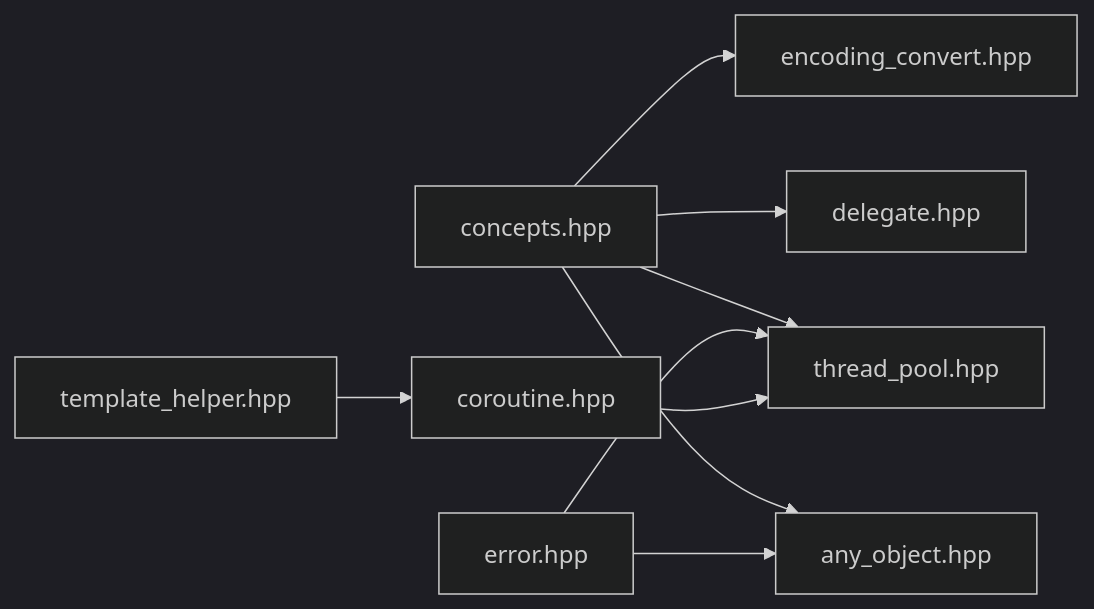
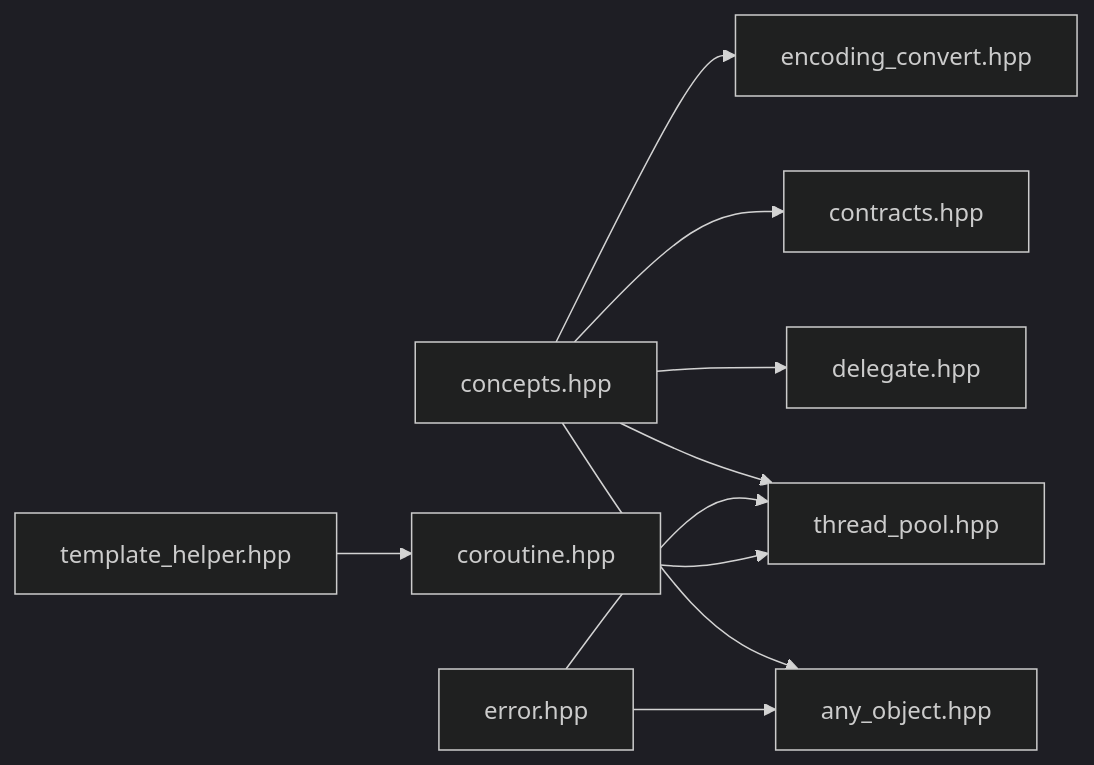
Diagram 12 of 12 in .qoder/repowiki/en/content/Core Modules/Foundation Layer (base_)/Foundation Layer (base_).md (hsmbanlance/HsBaSlicer), drawn with Mermaid (dark theme) before and after one commit. The commit also changed other lines of this file and 202 other files, not shown here.

````diff
--- a/.qoder/repowiki/en/content/Core Modules/Foundation Layer (base_)/Foundation Layer (base_).md
+++ b/.qoder/repowiki/en/content/Core Modules/Foundation Layer (base_)/Foundation Layer (base_).md
@@ -614,11 +764,12 @@
 ```mermaid
 graph LR
 concepts["concepts.hpp"] --> any_object["any_object.hpp"]
 concepts --> delegate["delegate.hpp"]
 concepts --> thread_pool["thread_pool.hpp"]
+concepts --> contracts["contracts.hpp"]
 concepts --> encoding_convert["encoding_convert.hpp"]
 error["error.hpp"] --> any_object
 error --> thread_pool
 template_helper["template_helper.hpp"] --> coroutine["coroutine.hpp"]
 coroutine --> thread_pool
 ```
````
